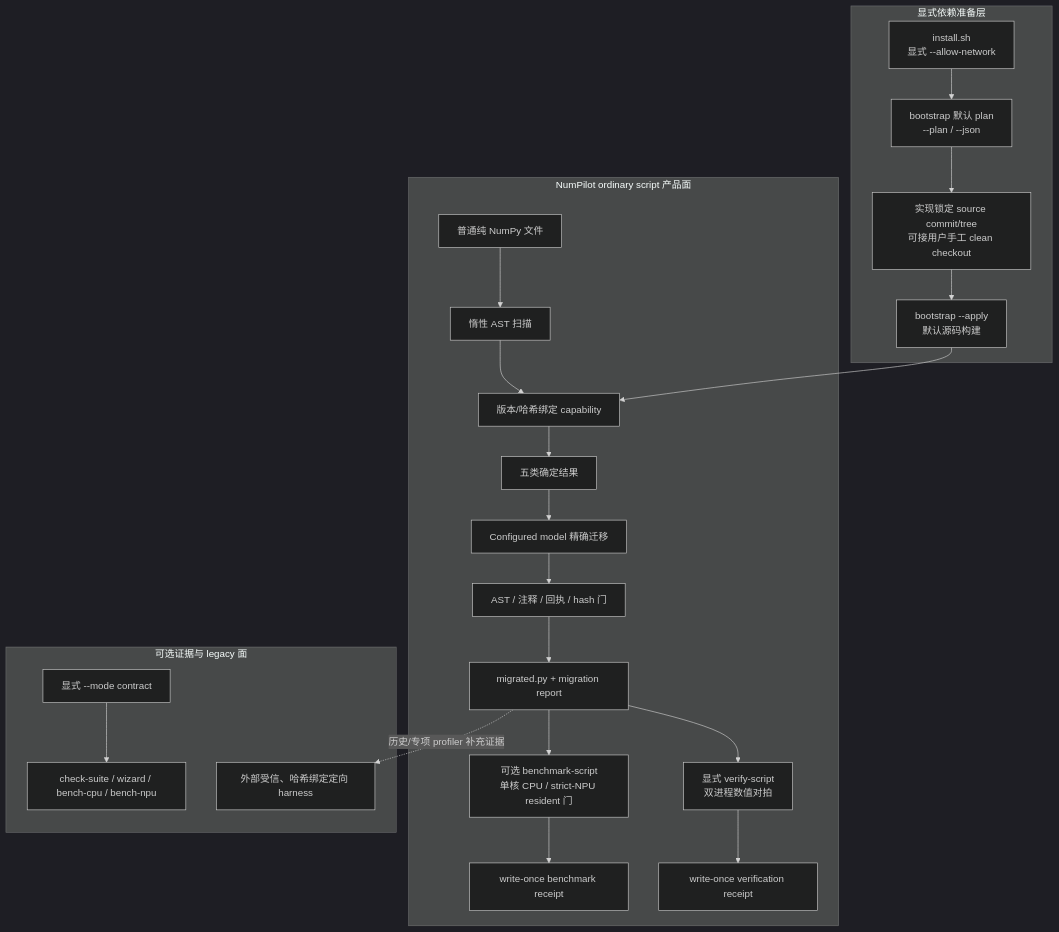
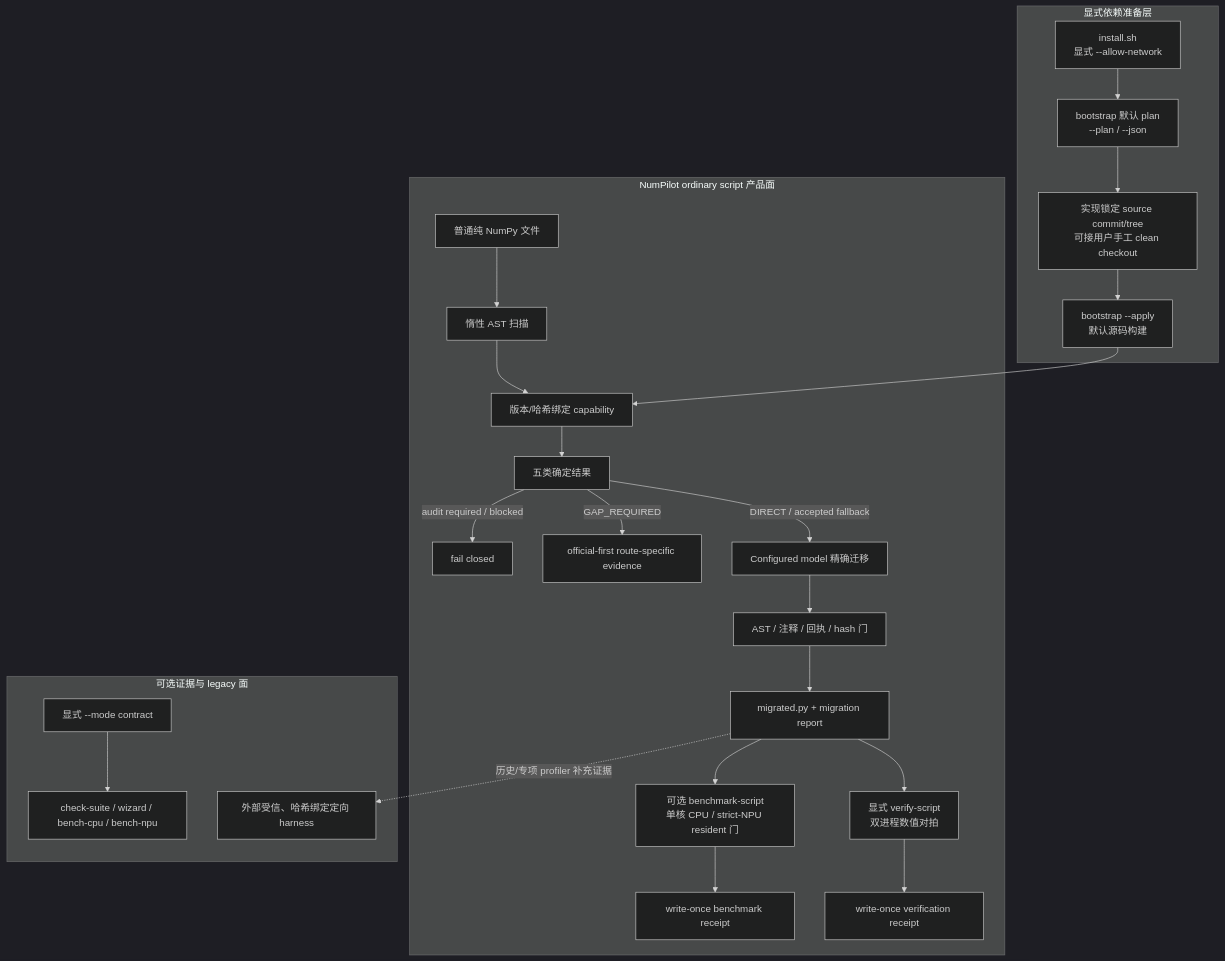
Before and after one commit to DEGger21/numpilot: the first of 2 diagrams in docs/architecture.md, drawn with Mermaid (dark theme). The commit also changed other lines of this file and 41 other files, not shown here.

Commit message:
docs: publish bilingual architecture-led project guide

````diff
--- a/docs/architecture.md
+++ b/docs/architecture.md
@@ -27,38 +37,40 @@
 ```mermaid
 flowchart TB
   subgraph Bootstrap[显式依赖准备层]
     INSTALL[install.sh<br/>显式 --allow-network]
     PLAN[bootstrap 默认 plan<br/>--plan / --json]
     LOCK[实现锁定 source commit/tree<br/>可接用户手工 clean checkout]
     APPLY[bootstrap --apply<br/>默认源码构建]
     INSTALL --> PLAN --> LOCK --> APPLY
   end
 
   subgraph Product[NumPilot ordinary script 产品面]
     SRC[普通纯 NumPy 文件]
     SCAN[惰性 AST 扫描]
     CAP[版本/哈希绑定 capability]
     DECIDE[五类确定结果]
     MODEL[Configured model 精确迁移]
     AUDIT[AST / 注释 / 回执 / hash 门]
     ARTIFACT[migrated.py + migration report]
     VERIFY[显式 verify-script<br/>双进程数值对拍]
     VRECEIPT[write-once verification receipt]
     BENCH[可选 benchmark-script<br/>单核 CPU / strict-NPU resident 门]
     BRECEIPT[write-once benchmark receipt]
     SRC --> SCAN --> CAP --> DECIDE
-    DECIDE --> MODEL --> AUDIT --> ARTIFACT
+    DECIDE -->|DIRECT / accepted fallback| MODEL --> AUDIT --> ARTIFACT
+    DECIDE -->|GAP_REQUIRED| GAP[official-first route-specific evidence]
+    DECIDE -->|audit required / blocked| STOP[fail closed]
     ARTIFACT --> VERIFY --> VRECEIPT
     ARTIFACT --> BENCH --> BRECEIPT
   end
 
   subgraph Optional[可选证据与 legacy 面]
     HARNESS[外部受信、哈希绑定定向 harness]
     CONTRACT[显式 --mode contract]
     TOOLS[check-suite / wizard / bench-cpu / bench-npu]
     CONTRACT --> TOOLS
   end
 
   APPLY --> CAP
   ARTIFACT -.->|历史/专项 profiler 补充证据| HARNESS
 ```
````
